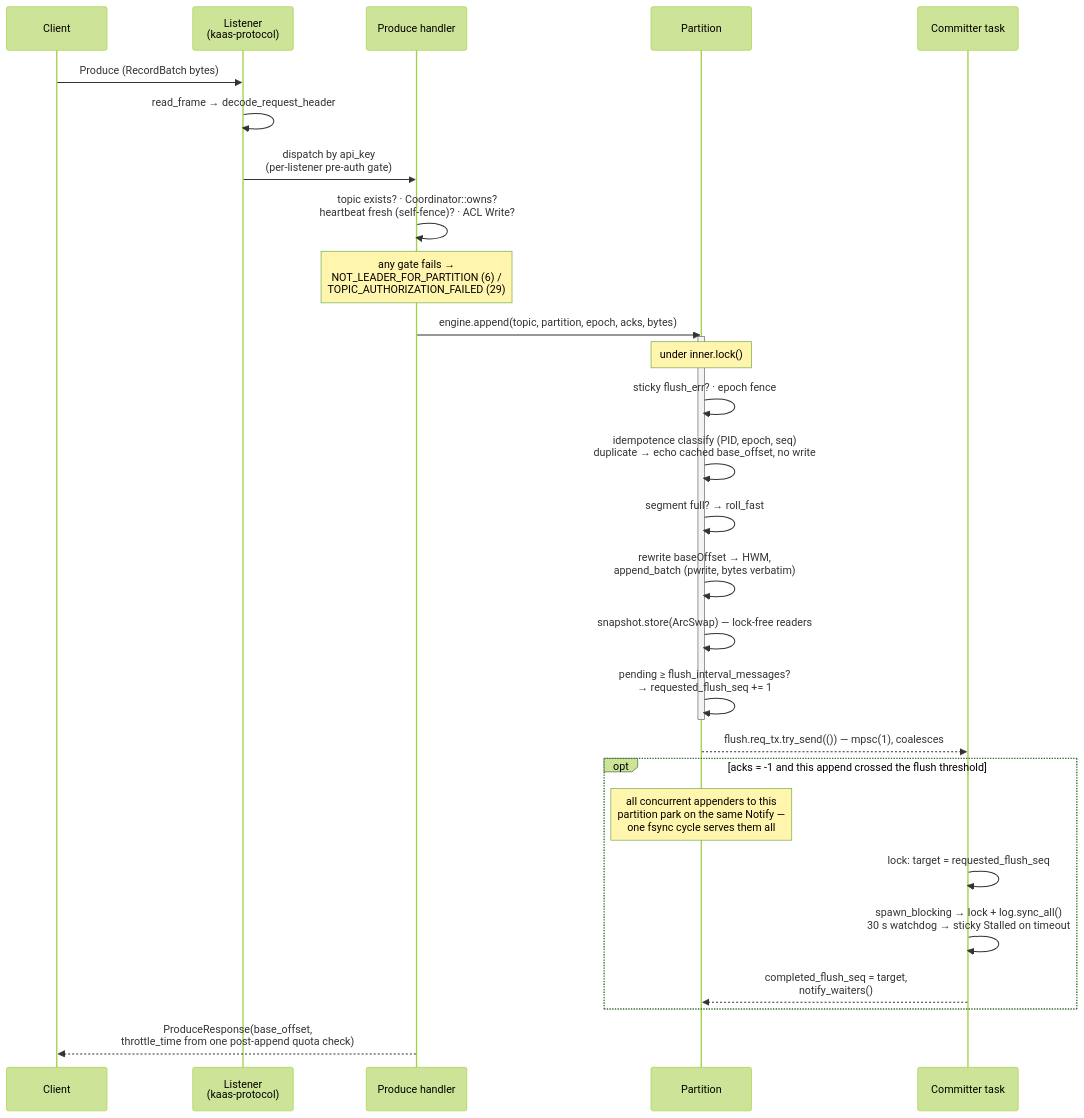
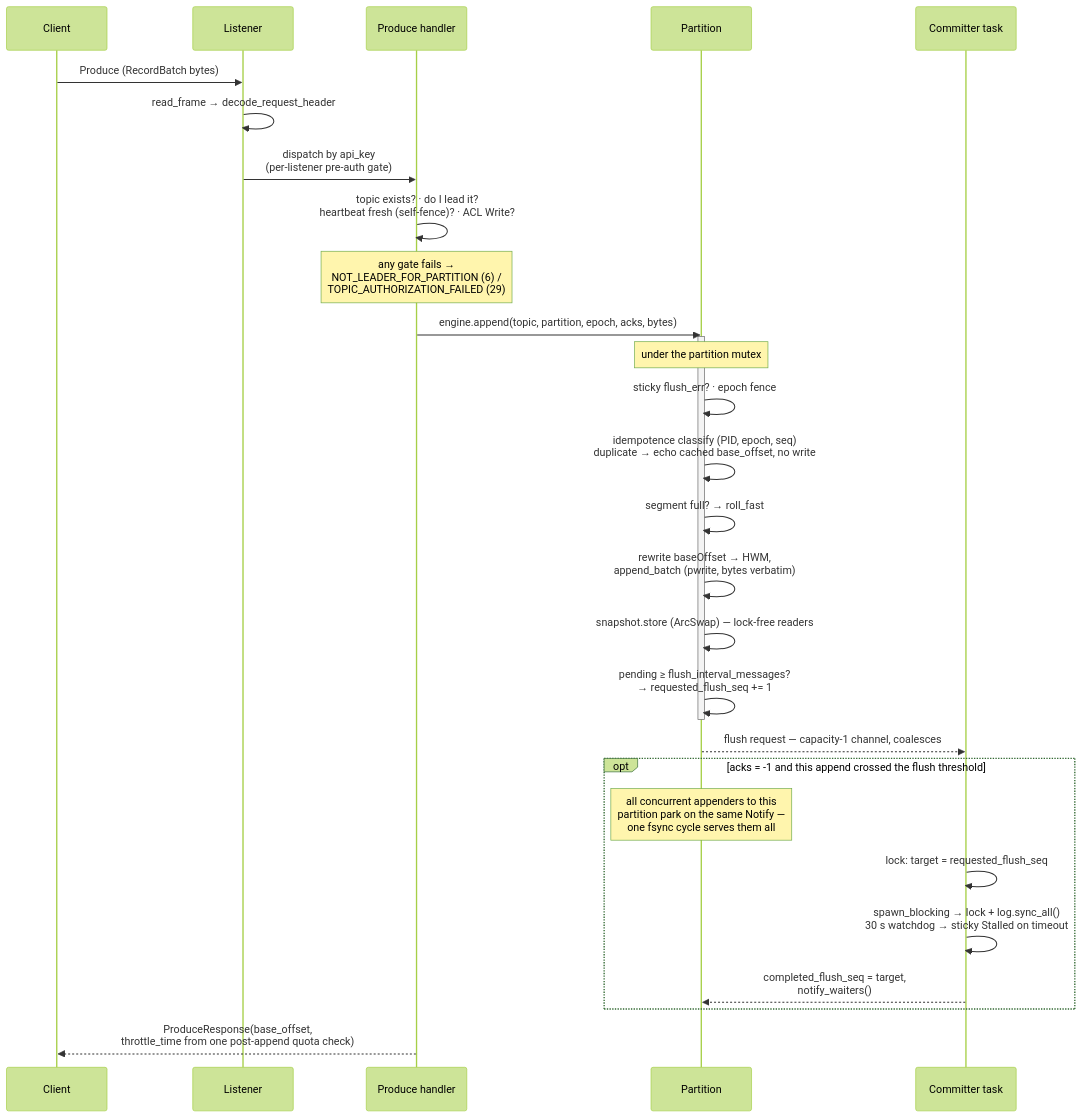
The first of 3 diagrams in docs/src/architecture/storage-hot-path.md (Woestebanaan/kaas), drawn with Mermaid (forest theme) before and after one commit. The commit also changed other lines of this file and 35 other files, not shown here.

````diff
--- a/docs/src/architecture/storage-hot-path.md
+++ b/docs/src/architecture/storage-hot-path.md
@@ -7,32 +22,32 @@
 ```mermaid
 sequenceDiagram
     participant C as Client
-    participant L as Listener<br/>(kaas-protocol)
+    participant L as Listener
     participant H as Produce handler
     participant P as Partition
     participant K as Committer task
 
     C->>L: Produce (RecordBatch bytes)
     L->>L: read_frame → decode_request_header
     L->>H: dispatch by api_key<br/>(per-listener pre-auth gate)
-    H->>H: topic exists? · Coordinator::owns?<br/>heartbeat fresh (self-fence)? · ACL Write?
+    H->>H: topic exists? · do I lead it?<br/>heartbeat fresh (self-fence)? · ACL Write?
     Note over H: any gate fails →<br/>NOT_LEADER_FOR_PARTITION (6) /<br/>TOPIC_AUTHORIZATION_FAILED (29)
     H->>P: engine.append(topic, partition, epoch, acks, bytes)
     activate P
-    Note over P: under inner.lock()
+    Note over P: under the partition mutex
     P->>P: sticky flush_err? · epoch fence
     P->>P: idempotence classify (PID, epoch, seq)<br/>duplicate → echo cached base_offset, no write
     P->>P: segment full? → roll_fast
     P->>P: rewrite baseOffset → HWM,<br/>append_batch (pwrite, bytes verbatim)
-    P->>P: snapshot.store(ArcSwap) — lock-free readers
+    P->>P: snapshot.store (ArcSwap) — lock-free readers
     P->>P: pending ≥ flush_interval_messages?<br/>→ requested_flush_seq += 1
     deactivate P
-    P-->>K: flush.req_tx.try_send(()) — mpsc(1), coalesces
+    P-->>K: flush request — capacity-1 channel, coalesces
     opt acks = -1 and this append crossed the flush threshold
         Note over P: all concurrent appenders to this<br/>partition park on the same Notify —<br/>one fsync cycle serves them all
         K->>K: lock: target = requested_flush_seq
         K->>K: spawn_blocking → lock + log.sync_all()<br/>30 s watchdog → sticky Stalled on timeout
         K-->>P: completed_flush_seq = target,<br/>notify_waiters()
     end
     H-->>C: ProduceResponse(base_offset,<br/>throttle_time from one post-append quota check)
 ```
````
